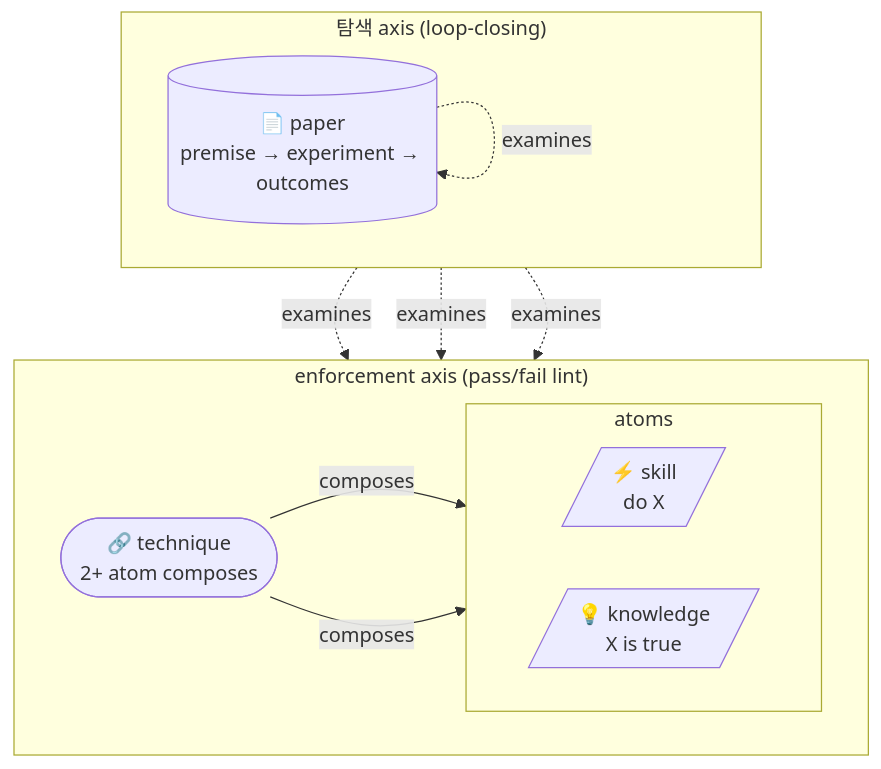
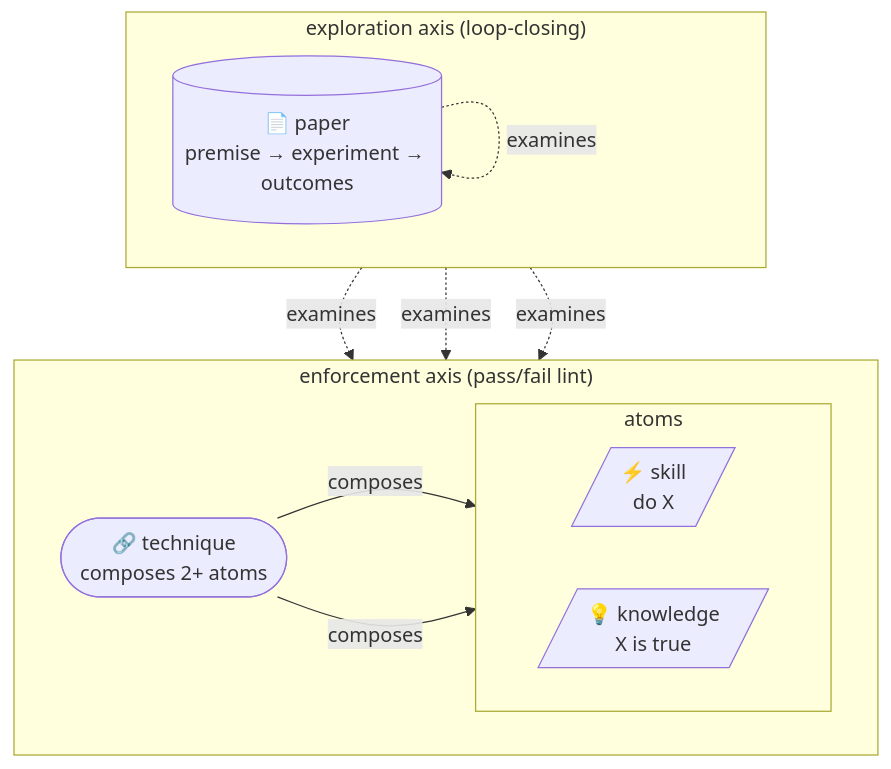
The diagram in README.md (kjuhwa/skills-hub), drawn with Mermaid before and after one commit. The commit also changed other lines of this file, not shown here.

````diff
--- a/README.md
+++ b/README.md
@@ -78,23 +78,23 @@
 ```mermaid
 graph TB
-  subgraph exploration["탐색 axis (loop-closing)"]
+  subgraph exploration["exploration axis (loop-closing)"]
     direction LR
     P[("📄 paper<br/>premise → experiment → outcomes")]
   end
   subgraph enforcement["enforcement axis (pass/fail lint)"]
     direction LR
-    T(["🔗 technique<br/>2+ atom composes"])
+    T(["🔗 technique<br/>composes 2+ atoms"])
     subgraph atoms["atoms"]
       direction LR
       S[/"⚡ skill<br/>do X"/]
       K[/"💡 knowledge<br/>X is true"/]
     end
   end
 
   P -.examines.-> T
   P -.examines.-> S
   P -.examines.-> K
   P -.examines.-> P
   T --composes--> S
   T --composes--> K
 ```
````
